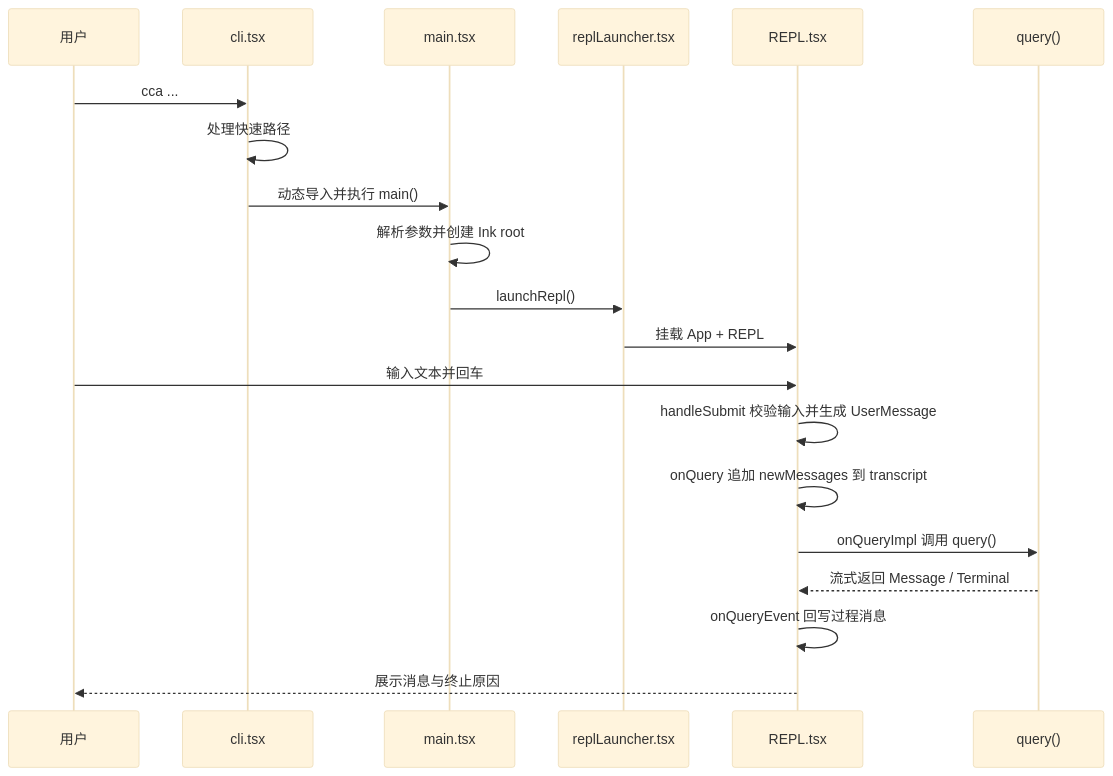
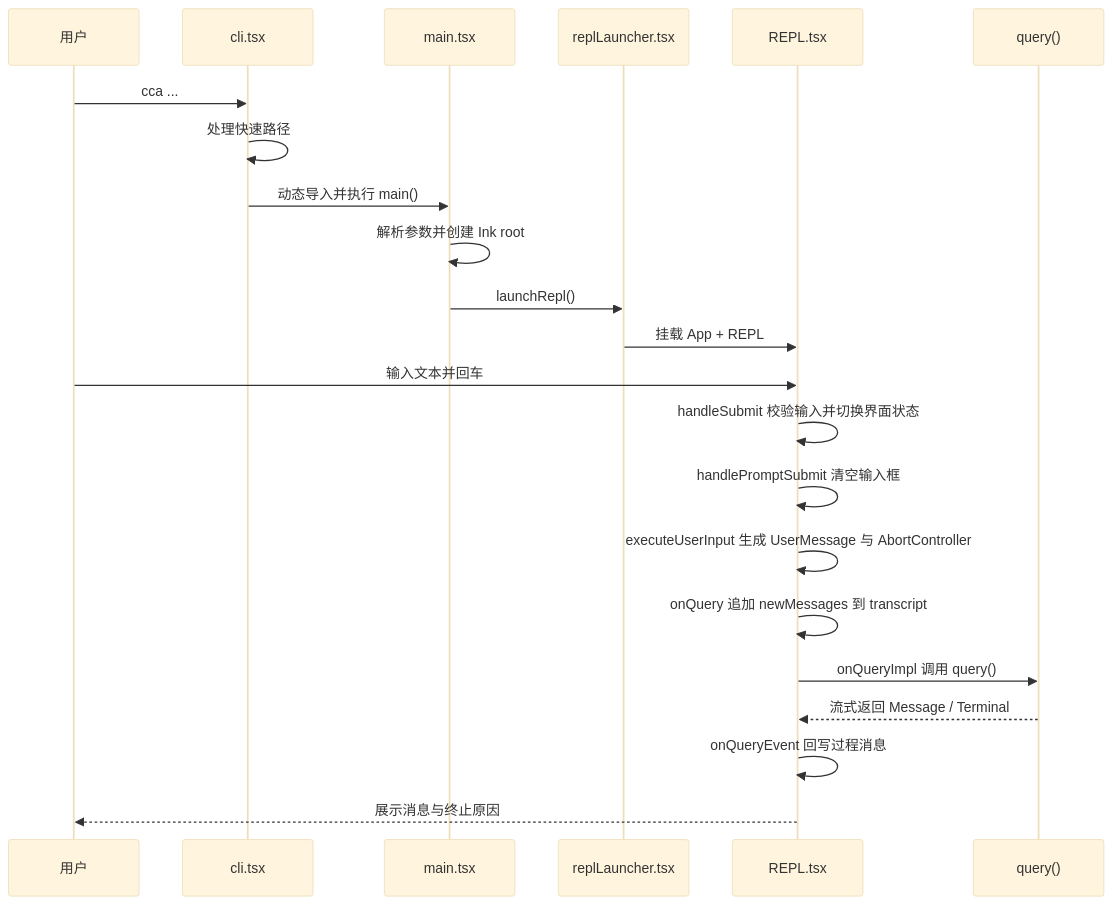
One commit to friendlyhank/claude-code-annotated changed the diagram in notes/reviews/02-core-interaction-layer.md. Above: the diagram before and after it, drawn with Mermaid (base theme). The commit also changed other lines of this file and 5 other files, not shown here.

Commit message:
docs: update review docs with handlePromptSubmit integration

````diff
--- a/notes/reviews/02-core-interaction-layer.md
+++ b/notes/reviews/02-core-interaction-layer.md
@@ -43,23 +44,25 @@
 ```mermaid
 sequenceDiagram
     participant User as 用户
     participant CLI as cli.tsx
     participant Main as main.tsx
     participant Launcher as replLauncher.tsx
     participant REPL as REPL.tsx
     participant Query as query()
 
     User->>CLI: cca ...
     CLI->>CLI: 处理快速路径
     CLI->>Main: 动态导入并执行 main()
     Main->>Main: 解析参数并创建 Ink root
     Main->>Launcher: launchRepl()
     Launcher->>REPL: 挂载 App + REPL
     User->>REPL: 输入文本并回车
-    REPL->>REPL: handleSubmit 校验输入并生成 UserMessage
+    REPL->>REPL: handleSubmit 校验输入并切换界面状态
+    REPL->>REPL: handlePromptSubmit 清空输入框
+    REPL->>REPL: executeUserInput 生成 UserMessage 与 AbortController
     REPL->>REPL: onQuery 追加 newMessages 到 transcript
     REPL->>Query: onQueryImpl 调用 query()
     Query-->>REPL: 流式返回 Message / Terminal
     REPL->>REPL: onQueryEvent 回写过程消息
     REPL-->>User: 展示消息与终止原因
 ```
````
